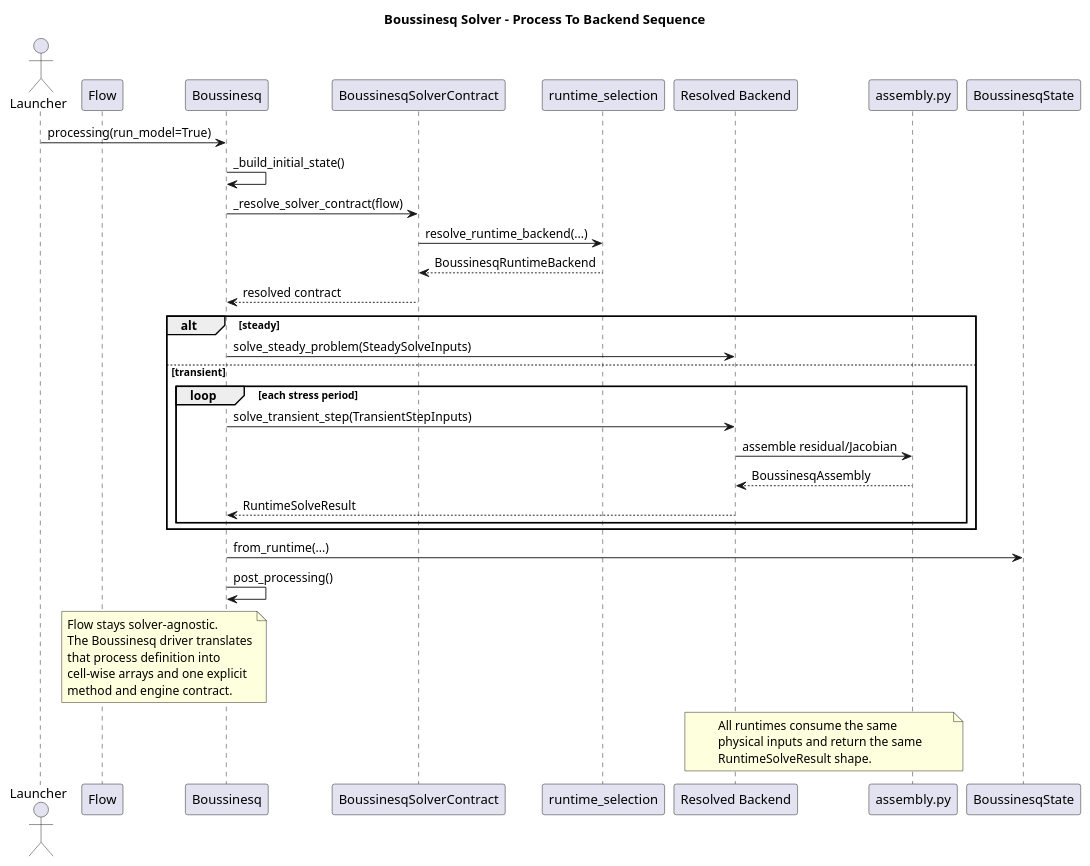
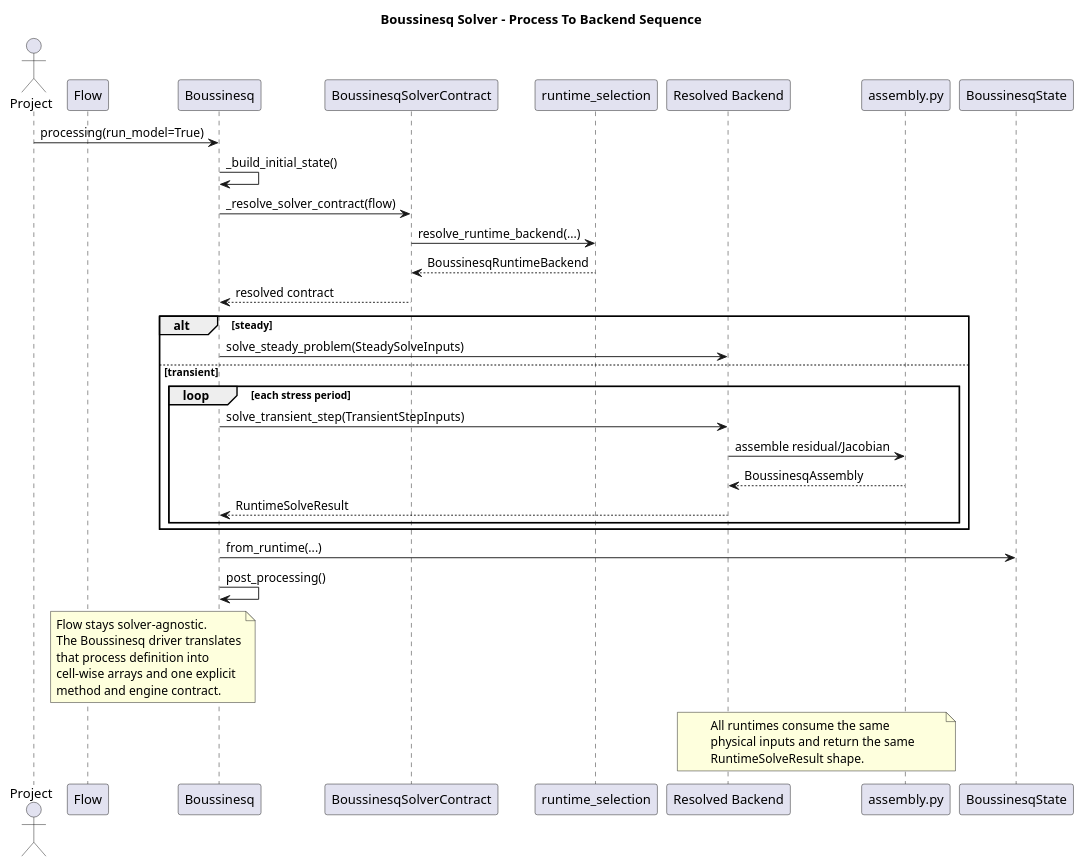
The diagram in docs/readthedocs/source/architecture/solver/diagrams/boussinesq_process_to_backend_sequence.wsd (HydroModPy/HydroModPy), drawn with PlantUML before and after one commit. The commit also changed 21 other files, not shown here.

Commit message:
[docs] - drop remaining launcher refs from architecture and scientific docs

```diff
--- a/docs/readthedocs/source/architecture/solver/diagrams/boussinesq_process_to_backend_sequence.wsd
+++ b/docs/readthedocs/source/architecture/solver/diagrams/boussinesq_process_to_backend_sequence.wsd
@@ -1,48 +1,48 @@
 @startuml
 title Boussinesq Solver - Process To Backend Sequence
 
-actor Launcher
+actor Project
 participant Flow
 participant "Boussinesq" as Solver
 participant "BoussinesqSolverContract" as Contract
 participant "runtime_selection" as Selection
 participant "Resolved Backend" as Backend
 participant "assembly.py" as Assembly
 participant "BoussinesqState" as State
 
-Launcher -> Solver : processing(run_model=True)
+Project -> Solver : processing(run_model=True)
 Solver -> Solver : _build_initial_state()
 Solver -> Contract : _resolve_solver_contract(flow)
 Contract -> Selection : resolve_runtime_backend(...)
 Selection --> Contract : BoussinesqRuntimeBackend
 Contract --> Solver : resolved contract
 
 alt steady
   Solver -> Backend : solve_steady_problem(SteadySolveInputs)
 else transient
   loop each stress period
     Solver -> Backend : solve_transient_step(TransientStepInputs)
     Backend -> Assembly : assemble residual/Jacobian
     Assembly --> Backend : BoussinesqAssembly
     Backend --> Solver : RuntimeSolveResult
   end
 end
 
 Solver -> State : from_runtime(...)
 Solver -> Solver : post_processing()
 
 note over Flow, Solver
 Flow stays solver-agnostic.
 The Boussinesq driver translates
 that process definition into
 cell-wise arrays and one explicit
 method and engine contract.
 end note
 
 note over Backend, Assembly
 All runtimes consume the same
 physical inputs and return the same
 RuntimeSolveResult shape.
 end note
 
 @enduml
```
